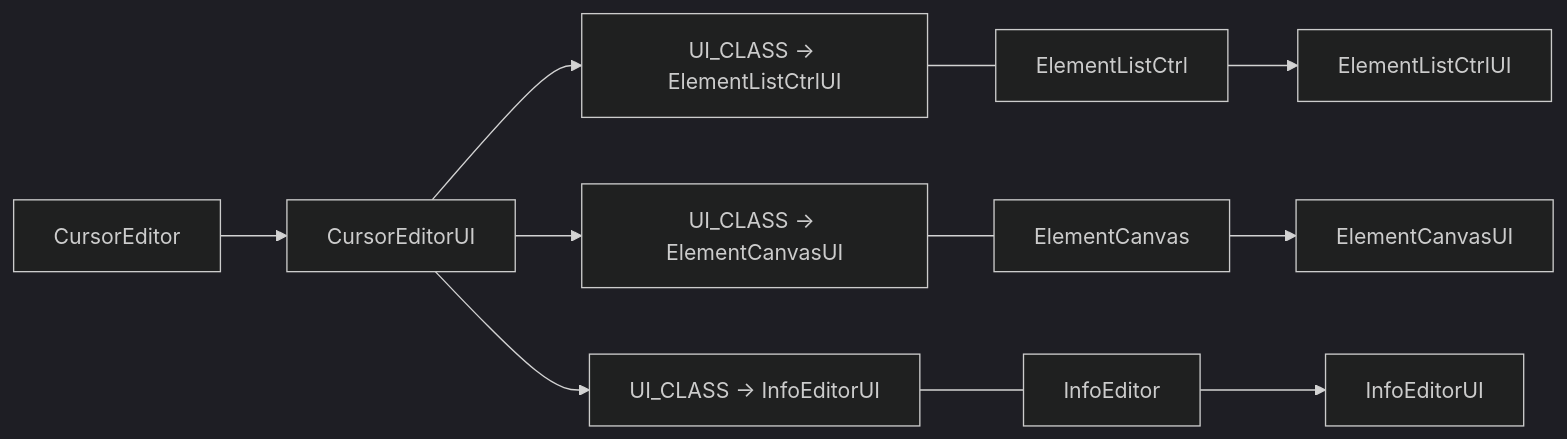
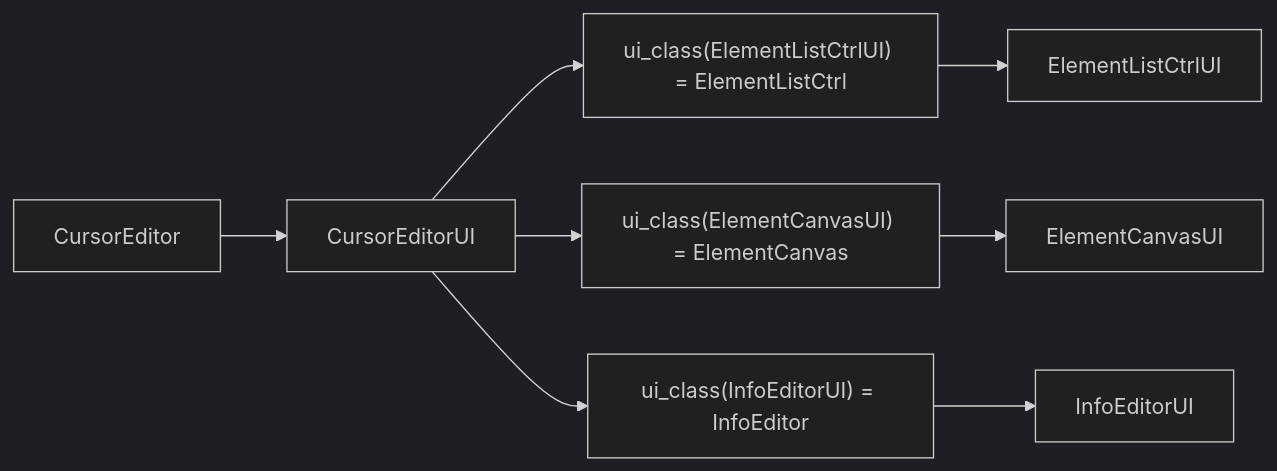
The first of 2 diagrams in program.md (hite4044/MineCursor), drawn with Mermaid (dark theme) before and after one commit. The commit also changed other lines of this file and 1 other file, not shown here.

````diff
--- a/program.md
+++ b/program.md
@@ -7,8 +99,8 @@
 ```mermaid
 graph LR
     CursorEditor --> CursorEditorUI
-    CursorEditorUI --> ui_ElementListCtrlUI[UI_CLASS -> ElementListCtrlUI] --- ElementListCtrl --> ElementListCtrlUI
-    CursorEditorUI --> ui_ElementCanvasUI[UI_CLASS -> ElementCanvasUI] --- ElementCanvas --> ElementCanvasUI
-    CursorEditorUI --> ui_InfoEditorUI[UI_CLASS -> InfoEditorUI] --- InfoEditor --> InfoEditorUI
+    CursorEditorUI --> ui_ElementListCtrlUI["ui_class(ElementListCtrlUI) = ElementListCtrl"] --> ElementListCtrlUI
+    CursorEditorUI --> ui_ElementCanvasUI["ui_class(ElementCanvasUI) = ElementCanvas"] --> ElementCanvasUI
+    CursorEditorUI --> ui_InfoEditorUI["ui_class(InfoEditorUI) = InfoEditor"] --> InfoEditorUI
 
 ```
````
